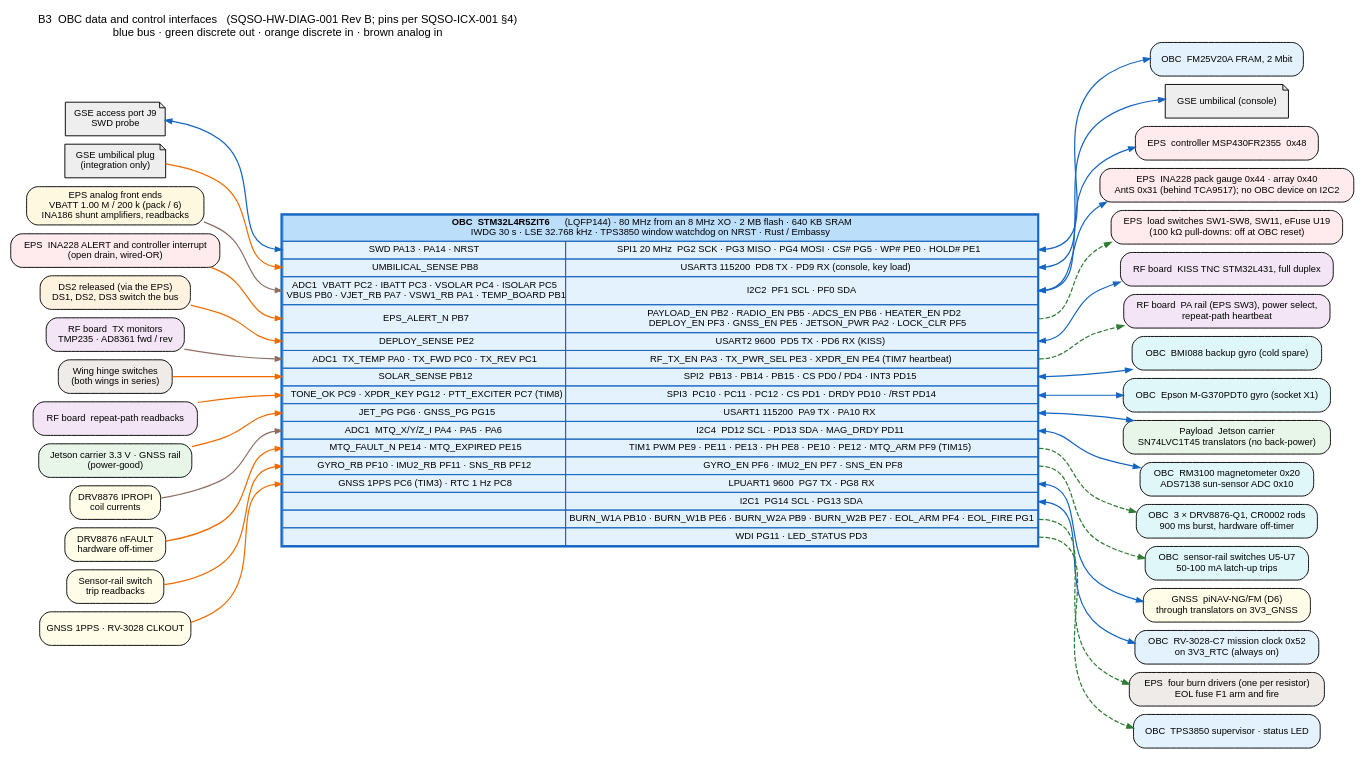
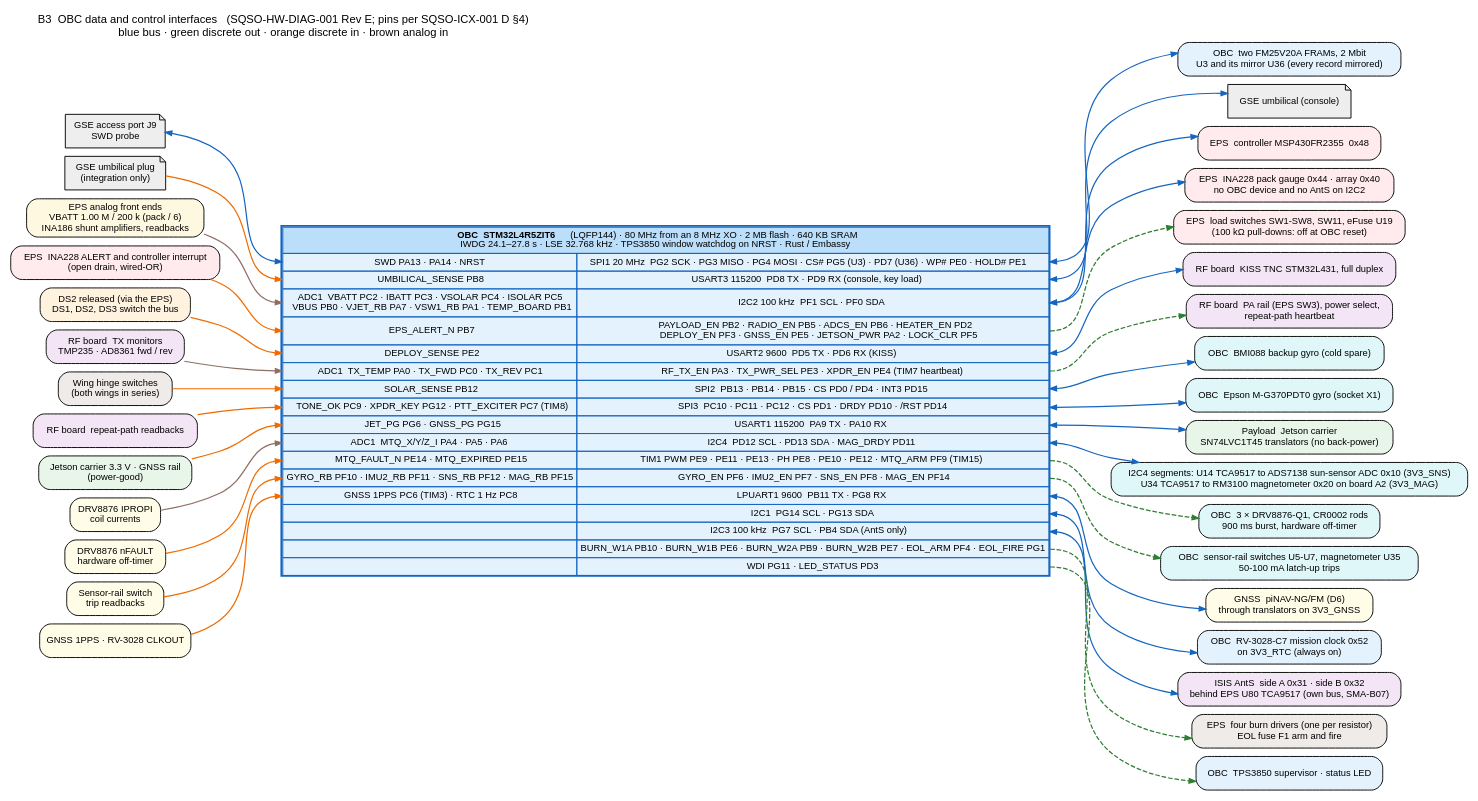
One commit to cheesejaguar/SMART-QSO changed the diagram in hardware/diagrams/block/B3_data_control.dot. Above: the diagram before and after it, drawn with Graphviz. The commit also changed 64 other files, not shown here.

First line of the commit message:
Documentation audit follow-ups: generators and drawings (terminal part numbers, ICX D diagrams, four AntS elements, RF mated heights), load-shed scope, 1.84 W transmitter, 1 W cap, beacon T field, command dictionary rewritten, SRS/SYS corrections

```diff
--- a/hardware/diagrams/block/B3_data_control.dot
+++ b/hardware/diagrams/block/B3_data_control.dot
@@ -1,99 +1,102 @@
 // SQSO-HW-DIAG-001 B3: data and control interfaces of the OBC.
 // Pins are the master allocation of hardware/electrical/INTERCONNECT.md (SQSO-ICX-001 §4), generated from the OBC
 // schematic (hardware/electrical/obc/design.py). Where the firmware (software/rust/firmware/src) still differs,
 // SQSO-ICX-001 §6 lists the change; the drawing follows SQSO-ICX-001.
 // Inputs to the MCU enter on the left, outputs and buses leave on the right.
 // Blue = bus, dashed green = discrete out, orange = discrete in, brown = analog in.
 digraph B3 {
   graph [rankdir=LR, fontname="Helvetica", fontsize=12, nodesep=0.12, ranksep=0.9,
-         label="B3  OBC data and control interfaces   (SQSO-HW-DIAG-001 Rev B; pins per SQSO-ICX-001 §4)\nblue bus · green discrete out · orange discrete in · brown analog in",
+         label="B3  OBC data and control interfaces   (SQSO-HW-DIAG-001 Rev E; pins per SQSO-ICX-001 D §4)\nblue bus · green discrete out · orange discrete in · brown analog in",
          labelloc=t, labeljust=l];
   node  [shape=box, style="rounded,filled", fillcolor="#f5f5f5", fontname="Helvetica", fontsize=10];
   edge  [arrowsize=0.7, penwidth=1.3];
 
   MCU [shape=plain, label=<
 <table border="2" cellborder="1" cellspacing="0" cellpadding="3" bgcolor="#e3f2fd" color="#1565c0">
- <tr><td colspan="2" bgcolor="#bbdefb"><b>OBC  STM32L4R5ZIT6</b> (LQFP144) · 80 MHz from an 8 MHz XO · 2 MB flash · 640 KB SRAM<br/>IWDG 30 s · LSE 32.768 kHz · TPS3850 window watchdog on NRST · Rust / Embassy</td></tr>
- <tr><td port="swd_i">SWD PA13 · PA14 · NRST</td><td port="spi1">SPI1 20 MHz  PG2 SCK · PG3 MISO · PG4 MOSI · CS# PG5 · WP# PE0 · HOLD# PE1</td></tr>
+ <tr><td colspan="2" bgcolor="#bbdefb"><b>OBC  STM32L4R5ZIT6</b> (LQFP144) · 80 MHz from an 8 MHz XO · 2 MB flash · 640 KB SRAM<br/>IWDG 24.1–27.8 s · LSE 32.768 kHz · TPS3850 window watchdog on NRST · Rust / Embassy</td></tr>
+ <tr><td port="swd_i">SWD PA13 · PA14 · NRST</td><td port="spi1">SPI1 20 MHz  PG2 SCK · PG3 MISO · PG4 MOSI · CS# PG5 (U3) · PD7 (U36) · WP# PE0 · HOLD# PE1</td></tr>
  <tr><td port="gse_i">UMBILICAL_SENSE PB8</td><td port="usart3">USART3 115200  PD8 TX · PD9 RX (console, key load)</td></tr>
- <tr><td port="afe_i">ADC1  VBATT PC2 · IBATT PC3 · VSOLAR PC4 · ISOLAR PC5<br/>VBUS PB0 · VJET_RB PA7 · VSW1_RB PA1 · TEMP_BOARD PB1</td><td port="i2c2">I2C2  PF1 SCL · PF0 SDA</td></tr>
+ <tr><td port="afe_i">ADC1  VBATT PC2 · IBATT PC3 · VSOLAR PC4 · ISOLAR PC5<br/>VBUS PB0 · VJET_RB PA7 · VSW1_RB PA1 · TEMP_BOARD PB1</td><td port="i2c2">I2C2 100 kHz  PF1 SCL · PF0 SDA</td></tr>
  <tr><td port="alert_i">EPS_ALERT_N PB7</td><td port="en">PAYLOAD_EN PB2 · RADIO_EN PB5 · ADCS_EN PB6 · HEATER_EN PD2<br/>DEPLOY_EN PF3 · GNSS_EN PE5 · JETSON_PWR PA2 · LOCK_CLR PF5</td></tr>
  <tr><td port="dep_i">DEPLOY_SENSE PE2</td><td port="usart2">USART2 9600  PD5 TX · PD6 RX (KISS)</td></tr>
  <tr><td port="txm_i">ADC1  TX_TEMP PA0 · TX_FWD PC0 · TX_REV PC1</td><td port="txctl">RF_TX_EN PA3 · TX_PWR_SEL PE3 · XPDR_EN PE4 (TIM7 heartbeat)</td></tr>
  <tr><td port="dsns_i">SOLAR_SENSE PB12</td><td port="spi2">SPI2  PB13 · PB14 · PB15 · CS PD0 / PD4 · INT3 PD15</td></tr>
  <tr><td port="rfrb_i">TONE_OK PC9 · XPDR_KEY PG12 · PTT_EXCITER PC7 (TIM8)</td><td port="spi3">SPI3  PC10 · PC11 · PC12 · CS PD1 · DRDY PD10 · /RST PD14</td></tr>
  <tr><td port="jpg_i">JET_PG PG6 · GNSS_PG PG15</td><td port="usart1">USART1 115200  PA9 TX · PA10 RX</td></tr>
  <tr><td port="mtqi_i">ADC1  MTQ_X/Y/Z_I PA4 · PA5 · PA6</td><td port="i2c4">I2C4  PD12 SCL · PD13 SDA · MAG_DRDY PD11</td></tr>
  <tr><td port="mtqf_i">MTQ_FAULT_N PE14 · MTQ_EXPIRED PE15</td><td port="pwm">TIM1 PWM PE9 · PE11 · PE13 · PH PE8 · PE10 · PE12 · MTQ_ARM PF9 (TIM15)</td></tr>
- <tr><td port="snsrb_i">GYRO_RB PF10 · IMU2_RB PF11 · SNS_RB PF12</td><td port="sns">GYRO_EN PF6 · IMU2_EN PF7 · SNS_EN PF8</td></tr>
- <tr><td port="pps_i">GNSS 1PPS PC6 (TIM3) · RTC 1 Hz PC8</td><td port="lpuart">LPUART1 9600  PG7 TX · PG8 RX</td></tr>
+ <tr><td port="snsrb_i">GYRO_RB PF10 · IMU2_RB PF11 · SNS_RB PF12 · MAG_RB PF15</td><td port="sns">GYRO_EN PF6 · IMU2_EN PF7 · SNS_EN PF8 · MAG_EN PF14</td></tr>
+ <tr><td port="pps_i">GNSS 1PPS PC6 (TIM3) · RTC 1 Hz PC8</td><td port="lpuart">LPUART1 9600  PB11 TX · PG8 RX</td></tr>
  <tr><td> </td><td port="i2c1">I2C1  PG14 SCL · PG13 SDA</td></tr>
+ <tr><td> </td><td port="i2c3">I2C3 100 kHz  PG7 SCL · PB4 SDA (AntS only)</td></tr>
  <tr><td> </td><td port="burn">BURN_W1A PB10 · BURN_W1B PE6 · BURN_W2A PB9 · BURN_W2B PE7 · EOL_ARM PF4 · EOL_FIRE PG1</td></tr>
  <tr><td> </td><td port="wdi">WDI PG11 · LED_STATUS PD3</td></tr>
 </table>>];
 
   // ---- inputs (left)
   SWD   [label="GSE access port J9\nSWD probe", shape=note, fillcolor="#eeeeee"];
   GSE   [label="GSE umbilical plug\n(integration only)", shape=note, fillcolor="#eeeeee"];
   AFE   [label="EPS analog front ends\nVBATT 1.00 M / 200 k (pack / 6)\nINA186 shunt amplifiers, readbacks", fillcolor="#fff8e1"];
   INAA  [label="EPS  INA228 ALERT and controller interrupt\n(open drain, wired-OR)", fillcolor="#ffebee"];
   DSW   [label="DS2 released (via the EPS)\nDS1, DS2, DS3 switch the bus", fillcolor="#fff3e0"];
   TXM   [label="RF board  TX monitors\nTMP235 · AD8361 fwd / rev", fillcolor="#f3e5f5"];
   RFRB  [label="RF board  repeat-path readbacks", fillcolor="#f3e5f5"];
   DSNS  [label="Wing hinge switches\n(both wings in series)", fillcolor="#efebe9"];
   JPG   [label="Jetson carrier 3.3 V · GNSS rail\n(power-good)", fillcolor="#e8f5e9"];
   MTQI  [label="DRV8876 IPROPI\ncoil currents", fillcolor="#fffde7"];
   MTQF  [label="DRV8876 nFAULT\nhardware off-timer", fillcolor="#fffde7"];
   SNSRB [label="Sensor-rail switch\ntrip readbacks", fillcolor="#fffde7"];
   PPS   [label="GNSS 1PPS · RV-3028 CLKOUT", fillcolor="#fffde7"];
   SWD   -> MCU:swd_i   [color="#1565c0", dir=both];
   GSE   -> MCU:gse_i   [color="#ef6c00"];
   AFE   -> MCU:afe_i   [color="#8d6e63"];
   INAA  -> MCU:alert_i [color="#ef6c00"];
   DSW   -> MCU:dep_i   [color="#ef6c00"];
   TXM   -> MCU:txm_i   [color="#8d6e63"];
   RFRB  -> MCU:rfrb_i  [color="#ef6c00"];
   DSNS  -> MCU:dsns_i  [color="#ef6c00"];
   JPG   -> MCU:jpg_i   [color="#ef6c00"];
   MTQI  -> MCU:mtqi_i  [color="#8d6e63"];
   MTQF  -> MCU:mtqf_i  [color="#ef6c00"];
   SNSRB -> MCU:snsrb_i [color="#ef6c00"];
   PPS   -> MCU:pps_i   [color="#ef6c00"];
 
   // ---- outputs and buses (right)
-  FRAM  [label="OBC  FM25V20A FRAM, 2 Mbit", fillcolor="#e3f2fd"];
+  FRAM  [label="OBC  two FM25V20A FRAMs, 2 Mbit\nU3 and its mirror U36 (every record mirrored)", fillcolor="#e3f2fd"];
   GSE2  [label="GSE umbilical (console)", shape=note, fillcolor="#eeeeee"];
   EPSC  [label="EPS  controller MSP430FR2355  0x48", fillcolor="#ffebee"];
-  INA   [label="EPS  INA228 pack gauge 0x44 · array 0x40\nAntS 0x31 (behind TCA9517); no OBC device on I2C2", fillcolor="#ffebee"];
+  INA   [label="EPS  INA228 pack gauge 0x44 · array 0x40\nno OBC device and no AntS on I2C2", fillcolor="#ffebee"];
+  ANTS  [label="ISIS AntS  side A 0x31 · side B 0x32\nbehind EPS U80 TCA9517 (own bus, SMA-B07)", fillcolor="#f3e5f5"];
   LSW   [label="EPS  load switches SW1-SW8, SW11, eFuse U19\n(100 kΩ pull-downs: off at OBC reset)", fillcolor="#ffebee"];
   TNC   [label="RF board  KISS TNC STM32L431, full duplex", fillcolor="#f3e5f5"];
   TXC   [label="RF board  PA rail (EPS SW3), power select,\nrepeat-path heartbeat", fillcolor="#f3e5f5"];
   IMU2  [label="OBC  BMI088 backup gyro (cold spare)", fillcolor="#e0f7fa"];
   GYR   [label="OBC  Epson M-G370PDT0 gyro (socket X1)", fillcolor="#e0f7fa"];
   JET   [label="Payload  Jetson carrier\nSN74LVC1T45 translators (no back-power)", fillcolor="#e8f5e9"];
-  MAG   [label="OBC  RM3100 magnetometer 0x20\nADS7138 sun-sensor ADC 0x10", fillcolor="#e0f7fa"];
+  MAG   [label="I2C4 segments: U14 TCA9517 to ADS7138 sun-sensor ADC 0x10 (3V3_SNS)\nU34 TCA9517 to RM3100 magnetometer 0x20 on board A2 (3V3_MAG)", fillcolor="#e0f7fa"];
   MTQ   [label="OBC  3 × DRV8876-Q1, CR0002 rods\n900 ms burst, hardware off-timer", fillcolor="#e0f7fa"];
-  SNS   [label="OBC  sensor-rail switches U5-U7\n50-100 mA latch-up trips", fillcolor="#e0f7fa"];
+  SNS   [label="OBC  sensor-rail switches U5-U7, magnetometer U35\n50-100 mA latch-up trips", fillcolor="#e0f7fa"];
   GNSS  [label="GNSS  piNAV-NG/FM (D6)\nthrough translators on 3V3_GNSS", fillcolor="#fffde7"];
   RTC   [label="OBC  RV-3028-C7 mission clock 0x52\non 3V3_RTC (always on)", fillcolor="#e3f2fd"];
   BURN  [label="EPS  four burn drivers (one per resistor)\nEOL fuse F1 arm and fire", fillcolor="#efebe9"];
   WDI   [label="OBC  TPS3850 supervisor · status LED", fillcolor="#e3f2fd"];
 
   MCU:spi1   -> FRAM [color="#1565c0", dir=both];
   MCU:usart3 -> GSE2 [color="#1565c0", dir=both];
   MCU:i2c2   -> EPSC [color="#1565c0", dir=both];
   MCU:i2c2   -> INA  [color="#1565c0", dir=both];
   MCU:en     -> LSW  [color="#2e7d32", style=dashed];
   MCU:usart2 -> TNC  [color="#1565c0", dir=both];
   MCU:txctl  -> TXC  [color="#2e7d32", style=dashed];
   MCU:spi2   -> IMU2 [color="#1565c0", dir=both];
   MCU:spi3   -> GYR  [color="#1565c0", dir=both];
   MCU:usart1 -> JET  [color="#1565c0", dir=both];
   MCU:i2c4   -> MAG  [color="#1565c0", dir=both];
   MCU:pwm    -> MTQ  [color="#2e7d32", style=dashed];
   MCU:sns    -> SNS  [color="#2e7d32", style=dashed];
   MCU:lpuart -> GNSS [color="#1565c0", dir=both];
   MCU:i2c1   -> RTC  [color="#1565c0", dir=both];
+  MCU:i2c3   -> ANTS [color="#1565c0", dir=both];
   MCU:burn   -> BURN [color="#2e7d32", style=dashed];
   MCU:wdi    -> WDI  [color="#2e7d32", style=dashed];
 }
```
